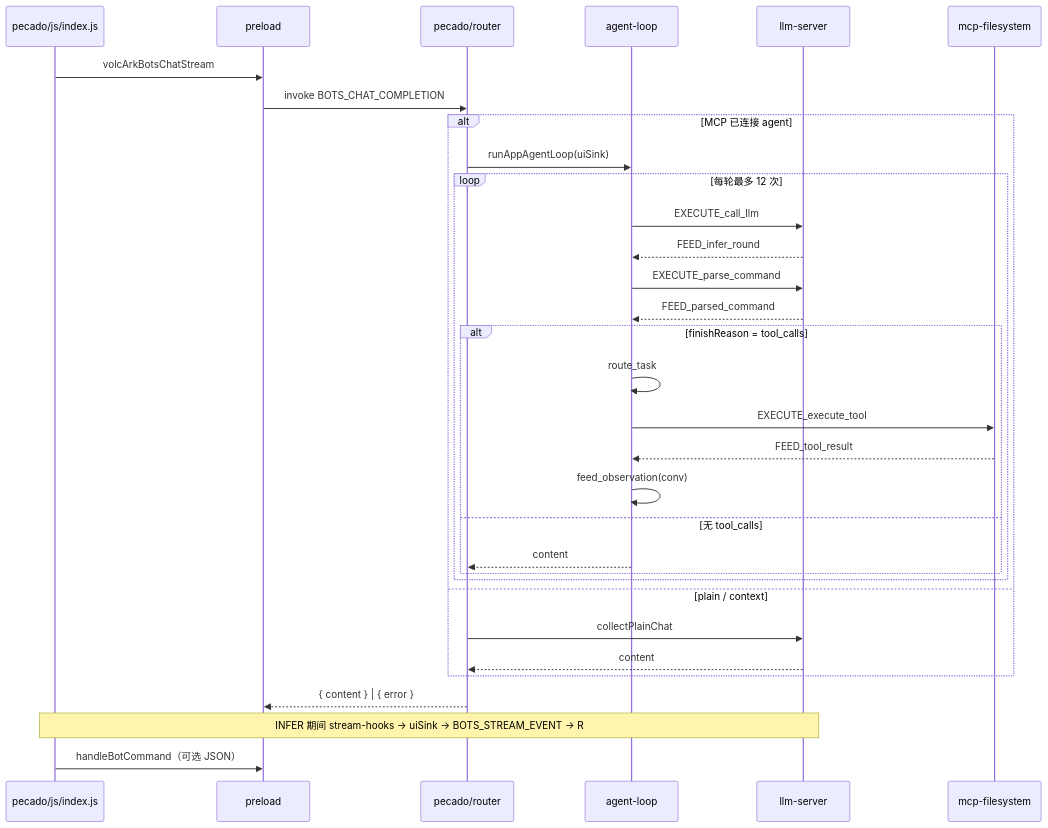
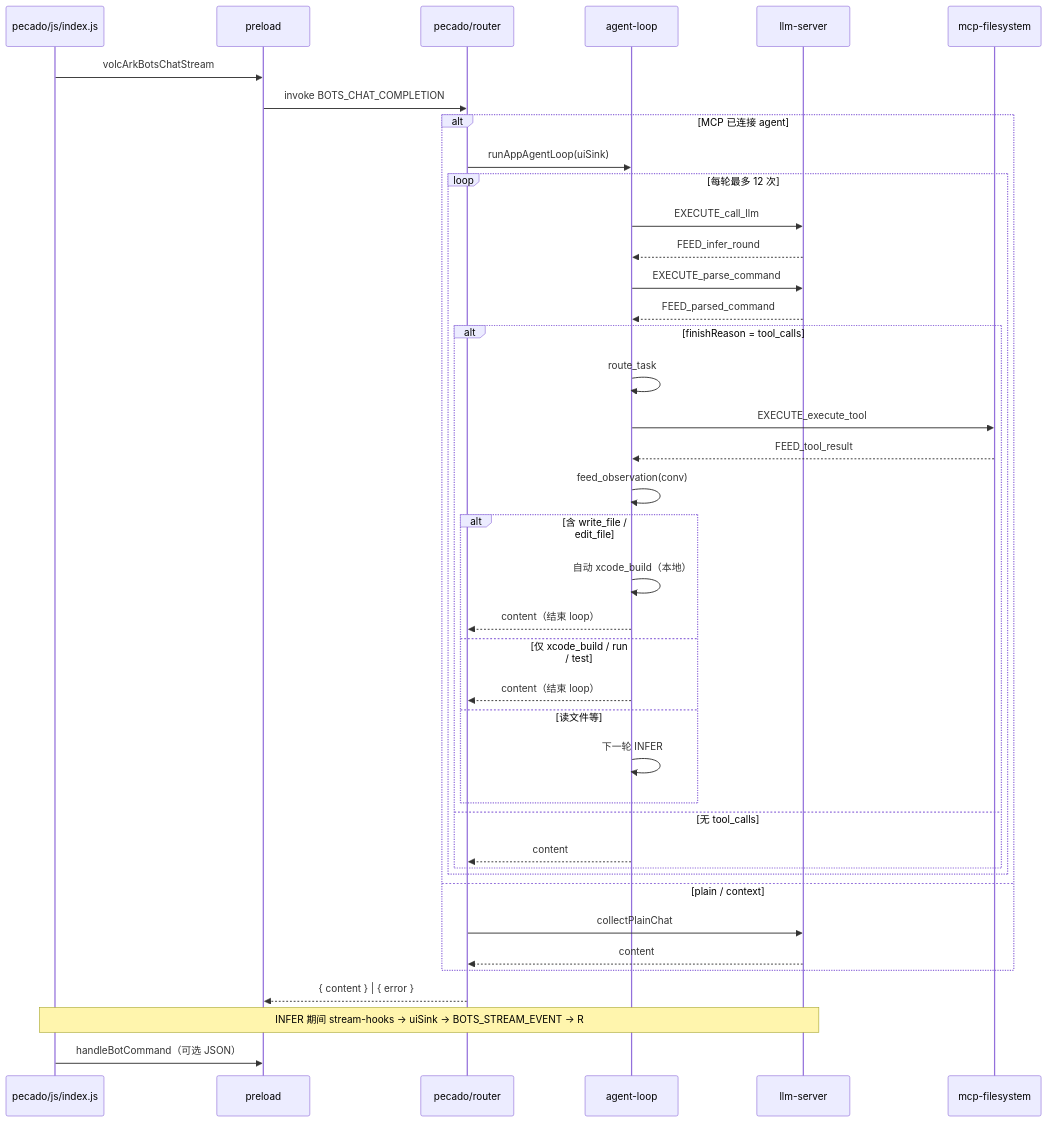
One commit to SCSHICHUAN/Pecado changed the third of 5 diagrams in README.md. Above: the diagram before and after it, drawn with Mermaid. The commit also changed other lines of this file and 6 other files, not shown here.

````diff
--- a/README.md
+++ b/README.md
@@ -364,35 +447,43 @@
 ```mermaid
 sequenceDiagram
   participant R as pecado/js/index.js
   participant Pre as preload
   participant Rt as pecado/router
   participant L as agent-loop
   participant LLM as llm-server
   participant MCP as mcp-filesystem
 
   R->>Pre: volcArkBotsChatStream
   Pre->>Rt: invoke BOTS_CHAT_COMPLETION
   alt MCP 已连接 agent
     Rt->>L: runAppAgentLoop(uiSink)
     loop 每轮最多 12 次
       L->>LLM: EXECUTE_call_llm
       LLM-->>L: FEED_infer_round
       L->>LLM: EXECUTE_parse_command
       LLM-->>L: FEED_parsed_command
       alt finishReason = tool_calls
         L->>L: route_task
         L->>MCP: EXECUTE_execute_tool
         MCP-->>L: FEED_tool_result
         L->>L: feed_observation(conv)
+        alt 含 write_file / edit_file
+          L->>L: 自动 xcode_build（本地）
+          L-->>Rt: content（结束 loop）
+        else 仅 xcode_build / run / test
+          L-->>Rt: content（结束 loop）
+        else 读文件等
+          L->>L: 下一轮 INFER
+        end
       else 无 tool_calls
         L-->>Rt: content
       end
     end
   else plain / context
     Rt->>LLM: collectPlainChat
     LLM-->>Rt: content
   end
   Rt-->>Pre: { content } | { error }
   Note over LLM,R: INFER 期间 stream-hooks → uiSink → BOTS_STREAM_EVENT → R
   R->>Pre: handleBotCommand（可选 JSON）
 ```
````
